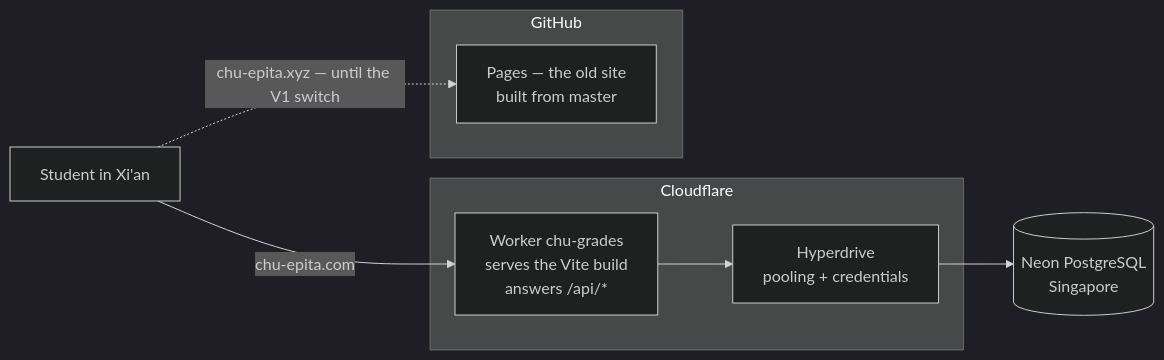
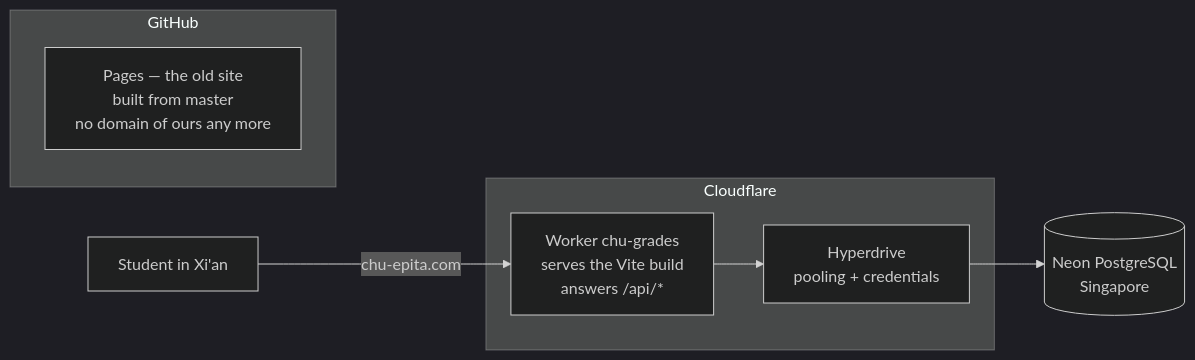
One commit to Drobat/CHU changed the first of 3 diagrams in docs/architecture.md. Above: the diagram before and after it, drawn with Mermaid (dark theme). The commit also changed other lines of this file and 2 other files, not shown here.

````diff
--- a/docs/architecture.md
+++ b/docs/architecture.md
@@ -8,19 +8,18 @@
 ```mermaid
 flowchart LR
     student["Student in Xi'an"]
 
     subgraph cf["Cloudflare"]
         worker["Worker chu-grades<br/>serves the Vite build<br/>answers /api/*"]
         hyper["Hyperdrive<br/>pooling + credentials"]
     end
 
     neon[("Neon PostgreSQL<br/>Singapore")]
 
     subgraph gh["GitHub"]
-        pages["Pages — the old site<br/>built from master"]
+        pages["Pages — the old site<br/>built from master<br/>no domain of ours any more"]
     end
 
     student -->|"chu-epita.com"| worker
-    student -.->|"chu-epita.xyz — until the V1 switch"| pages
     worker --> hyper --> neon
 ```
````
